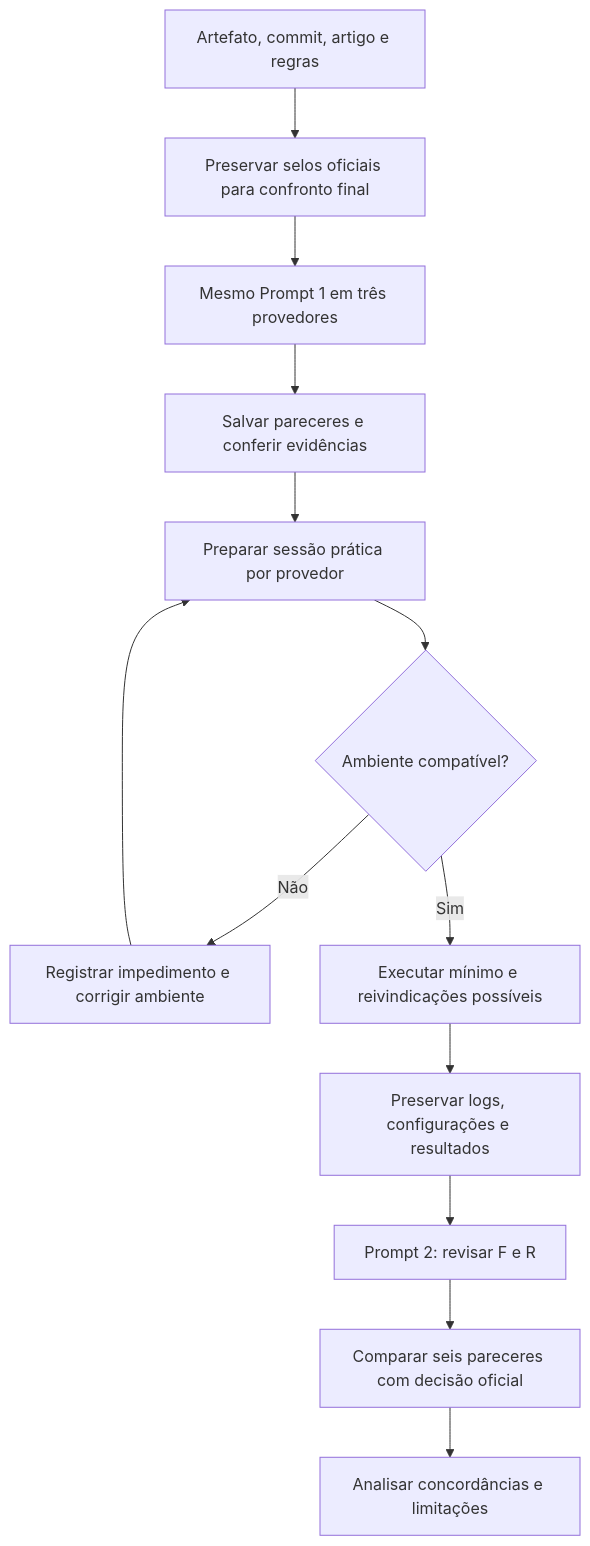
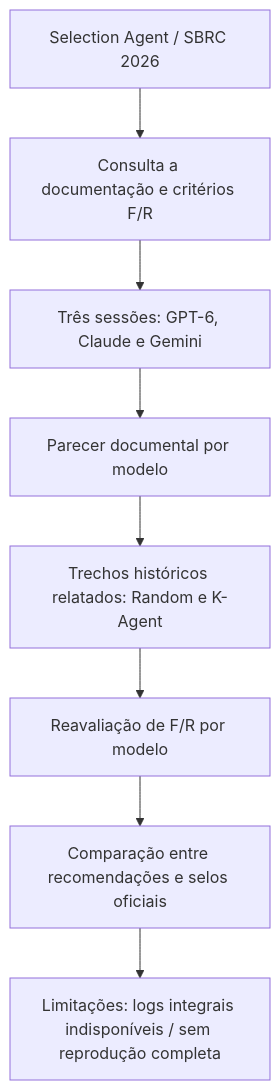
The diagram in FLUXOGRAMA.md (fernandomarquesaluno-svg/ativ_revisao_artfatos_multiplas_llms), drawn with Mermaid before and after one commit. The commit also changed other lines of this file, not shown here.

Commit message:
Alinha metodologia, limitações e apresentação final da Atividade 7

````diff
--- a/FLUXOGRAMA.md
+++ b/FLUXOGRAMA.md
@@ -5,15 +5,10 @@
 ```mermaid
 flowchart TD
- A["Artefato, commit, artigo e regras"] --> B["Preservar selos oficiais para confronto final"]
- B --> C["Mesmo Prompt 1 em três provedores"]
- C --> D["Salvar pareceres e conferir evidências"]
- D --> E["Preparar sessão prática por provedor"]
- E --> F{"Ambiente compatível?"}
- F -- Não --> G["Registrar impedimento e corrigir ambiente"]
- G --> E
- F -- Sim --> H["Executar mínimo e reivindicações possíveis"]
- H --> I["Preservar logs, configurações e resultados"]
- I --> J["Prompt 2: revisar F e R"]
- J --> K["Comparar seis pareceres com decisão oficial"]
- K --> L["Analisar concordâncias e limitações"]
+ A["Selection Agent / SBRC 2026"] --> B["Consulta a documentação e critérios F/R"]
+ B --> C["Três sessões: GPT-6, Claude e Gemini"]
+ C --> D["Parecer documental por modelo"]
+ D --> E["Trechos históricos relatados: Random e K-Agent"]
+ E --> F["Reavaliação de F/R por modelo"]
+ F --> G["Comparação entre recomendações e selos oficiais"]
+ G --> H["Limitações: logs integrais indisponíveis / sem reprodução completa"]
 ```
````
